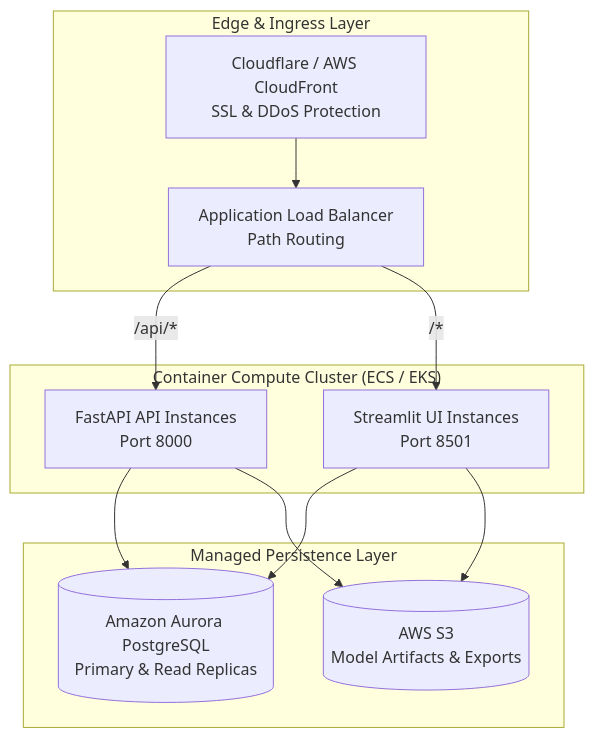
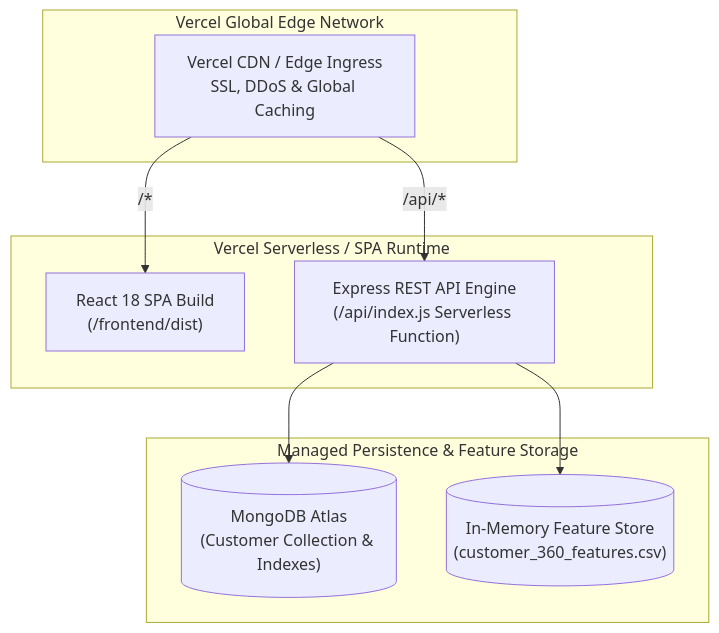
Before and after one commit to suhani-chauhan56/Customer-360-Intelligence-Platform: the diagram in docs/deployment.md, drawn with Mermaid. The commit also changed other lines of this file and 60 other files, not shown here.

````diff
--- a/docs/deployment.md
+++ b/docs/deployment.md
@@ -7,25 +7,21 @@
 ```mermaid
 flowchart TD
-    subgraph Edge["Edge & Ingress Layer"]
-        CF[Cloudflare / AWS CloudFront\nSSL & DDoS Protection]
-        ALB[Application Load Balancer\nPath Routing]
+    subgraph Edge["Vercel Global Edge Network"]
+        CDN["Vercel CDN / Edge Ingress\nSSL, DDoS & Global Caching"]
     end
 
-    subgraph Compute["Container Compute Cluster (ECS / EKS)"]
-        UI_Nodes[Streamlit UI Instances\nPort 8501]
-        API_Nodes[FastAPI API Instances\nPort 8000]
+    subgraph Serverless["Vercel Serverless / SPA Runtime"]
+        SPA["React 18 SPA Build\n(/frontend/dist)"]
+        API_FN["Express REST API Engine\n(/api/index.js Serverless Function)"]
     end
 
-    subgraph DataStore["Managed Persistence Layer"]
-        RDS[(Amazon Aurora PostgreSQL\nPrimary & Read Replicas)]
-        S3[(AWS S3\nModel Artifacts & Exports)]
+    subgraph Persistence["Managed Persistence & Feature Storage"]
+        MONGO[("MongoDB Atlas\n(Customer Collection & Indexes)")]
+        CANONICAL[("In-Memory Feature Store\n(customer_360_features.csv)")]
     end
 
-    CF --> ALB
-    ALB -->|/api/*| API_Nodes
-    ALB -->|/*| UI_Nodes
-    UI_Nodes --> RDS
-    API_Nodes --> RDS
-    API_Nodes --> S3
-    UI_Nodes --> S3
+    CDN -->|/*| SPA
+    CDN -->|/api/*| API_FN
+    API_FN --> MONGO
+    API_FN --> CANONICAL
 ```
````
